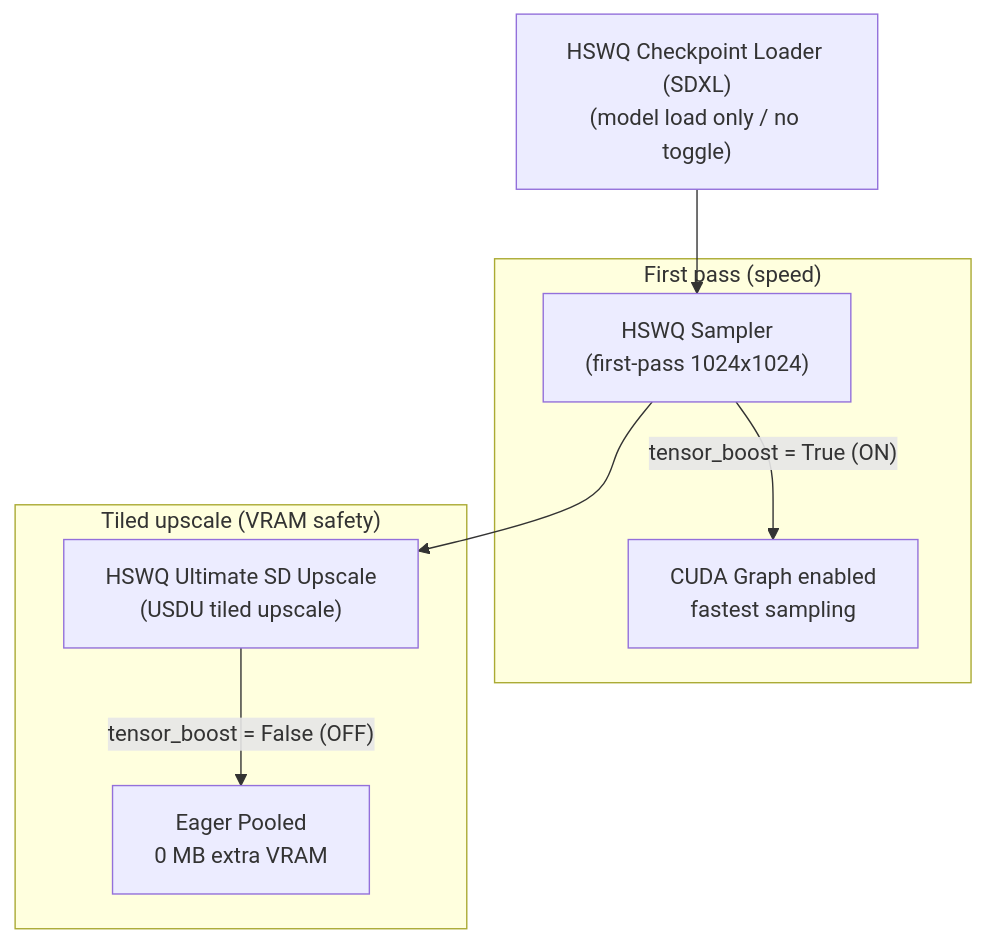
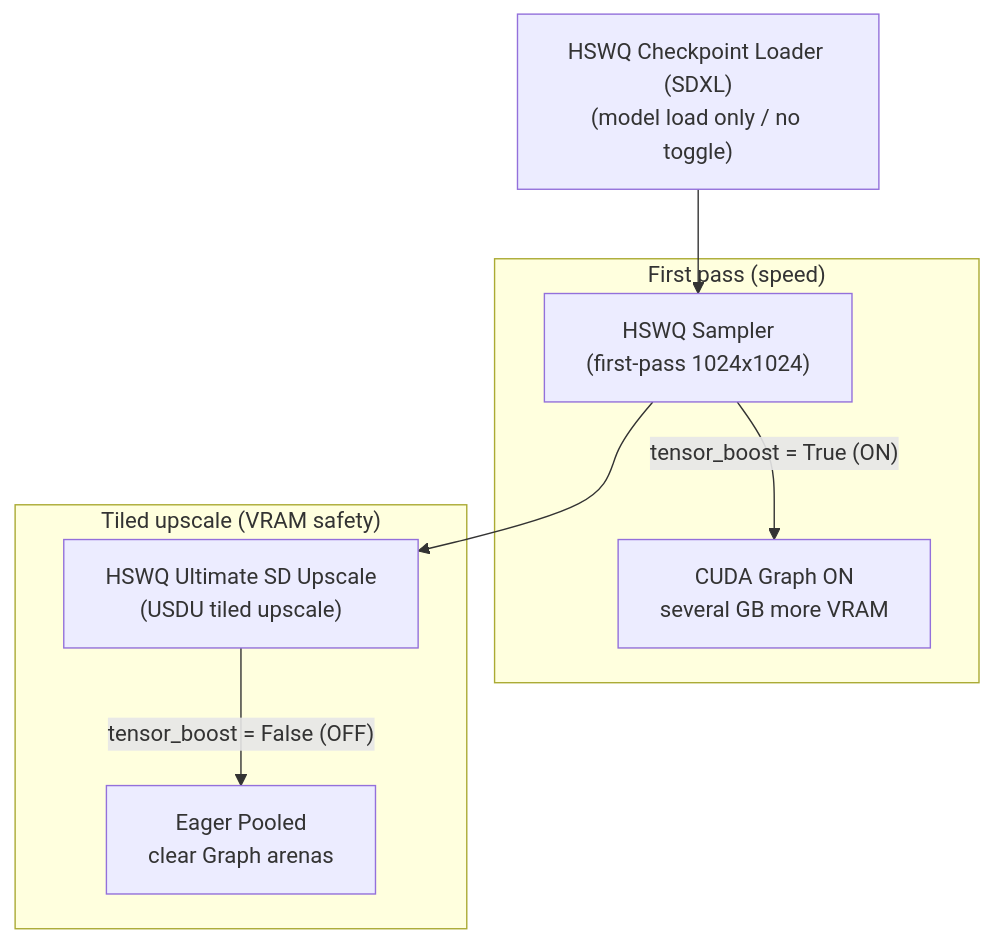
One commit to ussoewwin/ComfyUI-HSWQ-Loader-and-Tools changed the diagram in md/HSWQ_SDXL_NVFP4_BLACKWELL_ACCELERATION_GUIDE.md. Above: the diagram before and after it, drawn with Mermaid. The commit also changed other lines of this file and 9 other files, not shown here.

Commit message:
docs: correct Tensor Boost VRAM cost and RTX 5090 guidance

````diff
--- a/md/HSWQ_SDXL_NVFP4_BLACKWELL_ACCELERATION_GUIDE.md
+++ b/md/HSWQ_SDXL_NVFP4_BLACKWELL_ACCELERATION_GUIDE.md
@@ -54,13 +54,13 @@
 ```mermaid
 graph TD
     A["HSWQ Checkpoint Loader (SDXL)<br>(model load only / no toggle)"] --> B["HSWQ Sampler<br>(first-pass 1024x1024)"]
     B --> C["HSWQ Ultimate SD Upscale<br>(USDU tiled upscale)"]
     
     subgraph "First pass (speed)"
-        B -- "tensor_boost = True (ON)" --> B1["CUDA Graph enabled<br>fastest sampling"]
+        B -- "tensor_boost = True (ON)" --> B1["CUDA Graph ON<br>several GB more VRAM"]
     end
     
     subgraph "Tiled upscale (VRAM safety)"
-        C -- "tensor_boost = False (OFF)" --> C1["Eager Pooled<br>0 MB extra VRAM"]
+        C -- "tensor_boost = False (OFF)" --> C1["Eager Pooled<br>clear Graph arenas"]
     end
 ```
````
